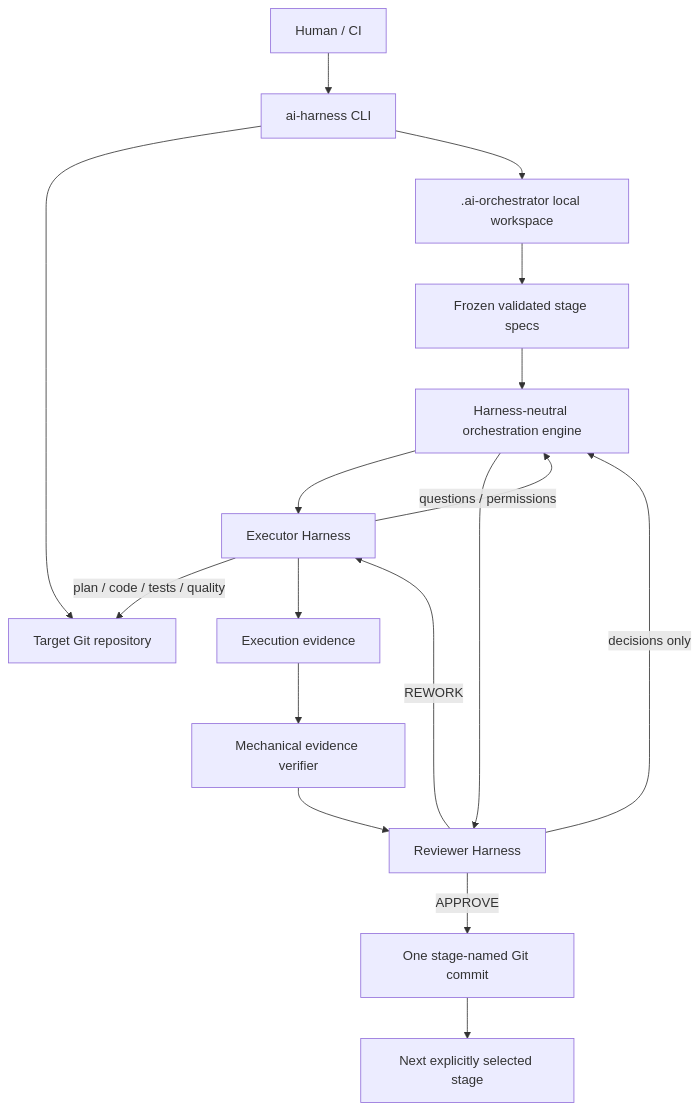
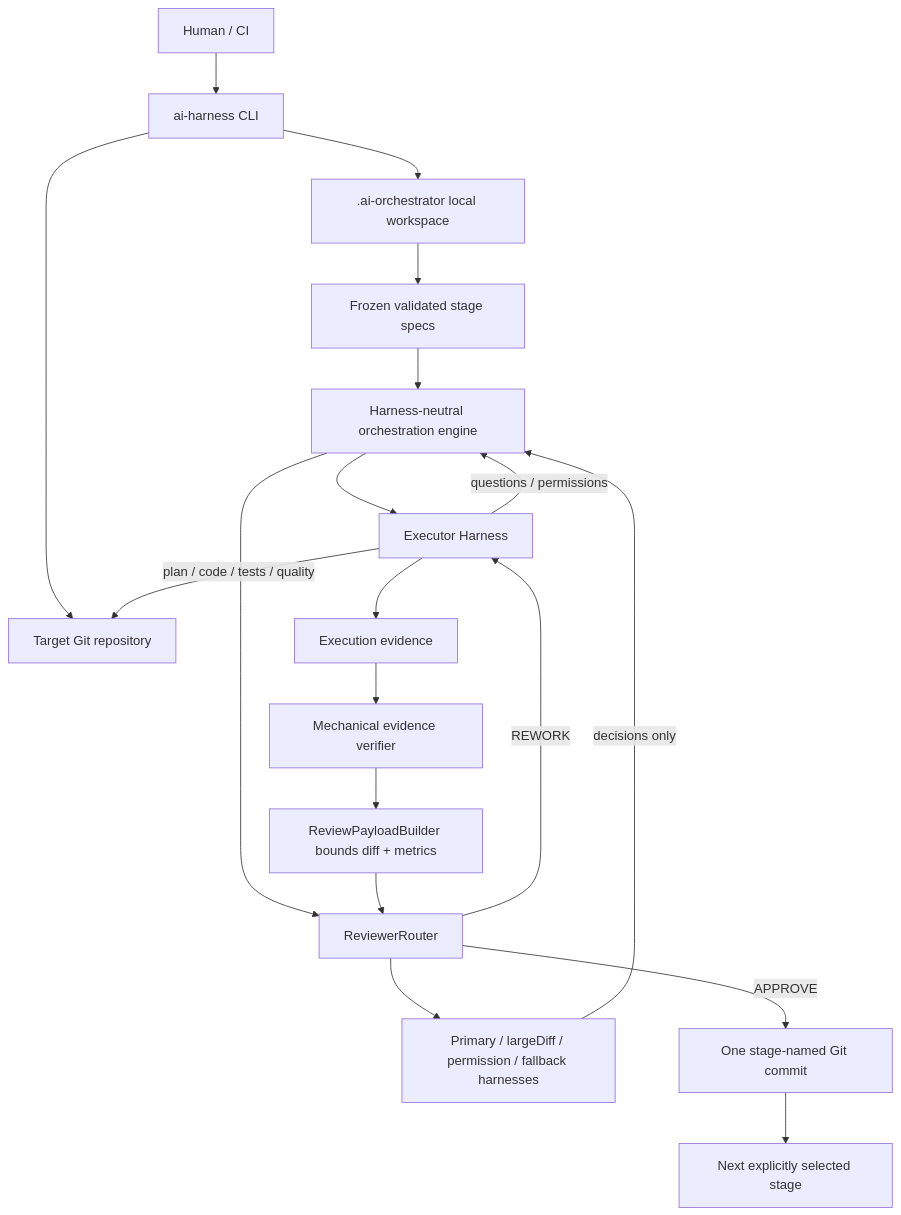
The first of 4 diagrams in docs/architecture.md (blackandcode/ai-universal-coding-harness), drawn with Mermaid before and after one commit. The commit also changed other lines of this file and 94 other files, not shown here.

````diff
--- a/docs/architecture.md
+++ b/docs/architecture.md
@@ -5,19 +5,21 @@
 ```mermaid
 flowchart TD
   Human[Human / CI] --> CLI[ai-harness CLI]
   CLI --> Project[Target Git repository]
   CLI --> Workspace[.ai-orchestrator local workspace]
   Workspace --> Specs[Frozen validated stage specs]
   Specs --> Engine[Harness-neutral orchestration engine]
   Engine --> Exec[Executor Harness]
   Exec -->|plan / code / tests / quality| Project
   Exec -->|questions / permissions| Engine
-  Engine --> Review[Reviewer Harness]
-  Review -->|decisions only| Engine
+  Engine --> Router[ReviewerRouter]
+  Router --> ReviewAdapters[Primary / largeDiff / permission / fallback harnesses]
+  ReviewAdapters -->|decisions only| Engine
   Exec --> Evidence[Execution evidence]
   Evidence --> Verify[Mechanical evidence verifier]
-  Verify --> Review
-  Review -->|APPROVE| Commit[One stage-named Git commit]
-  Review -->|REWORK| Exec
+  Verify --> Payload[ReviewPayloadBuilder bounds diff + metrics]
+  Payload --> Router
+  Router -->|APPROVE| Commit[One stage-named Git commit]
+  Router -->|REWORK| Exec
   Commit --> Next[Next explicitly selected stage]
 ```
````
